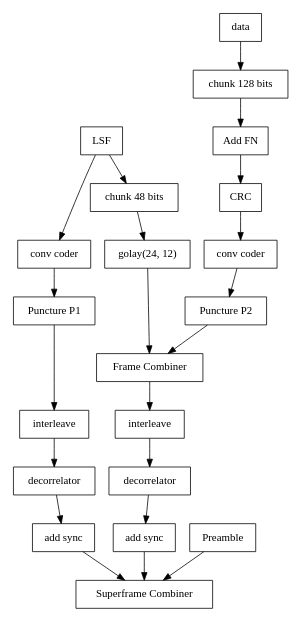
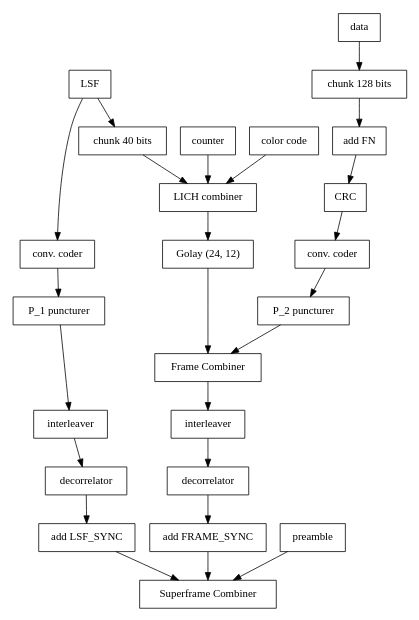
Before and after one commit to M17-Project/M17_spec: the diagram in docs/data_link_layer.rst, drawn with Graphviz.

Commit message:
Update data_link_layer.rst
Updated Fig. 4.2

```diff
--- a/docs/data_link_layer.rst
+++ b/docs/data_link_layer.rst
@@ -184,35 +184,38 @@
 .. graphviz::
    :caption: An overview of the forward dataflow
 
    digraph D{
      size="4,6";
      node [shape=record];
      {rank=same c0 c1 golay_24_12}
      {rank=same p0 p1}
      {rank=same i0 i1}
 
-     c0[label="conv coder"]
-     p0[label="Puncture P1"]
-     i0[label="interleave"]
+     c0[label="conv. coder"]
+     p0[label="P_1 puncturer"]
+     i0[label="interleaver"]
      w0[label="decorrelator"]
-     s0[label="add sync"]
-     chunker_48[label="chunk 48 bits"]
-     golay_24_12[label="golay(24, 12)"]
+     s0[label="add LSF_SYNC"]
+     l0[label="LICH combiner"]
+     chunker_40[label="chunk 40 bits"]
+     golay_24_12[label="Golay (24, 12)"]
 
-     c1[label="conv coder"]
-     p1[label="Puncture P2"]
-     i1[label="interleave"]
+     c1[label="conv. coder"]
+     p1[label="P_2 puncturer"]
+     i1[label="interleaver"]
      w1[label="decorrelator"]
-     s1[label="add sync"]
-     fn[label="Add FN"]
+     s1[label="add FRAME_SYNC"]
+     fn[label="add FN"]
      chunker_128[label="chunk 128 bits"]
 
      framecomb[label="Frame Combiner"]
      supercomb[label="Superframe Combiner"]
 
+     counter -> l0
+     "color code" -> l0
      LSF -> c0 -> p0 -> i0 -> w0 -> s0 -> supercomb
-     LSF -> chunker_48 -> golay_24_12 -> framecomb
+     LSF -> chunker_40 -> l0 -> golay_24_12 -> framecomb
      data -> chunker_128 -> fn -> CRC -> c1 -> p1 -> framecomb
      framecomb -> i1 -> w1 -> s1 -> supercomb
-     Preamble -> supercomb
+     preamble -> supercomb
    }
```
